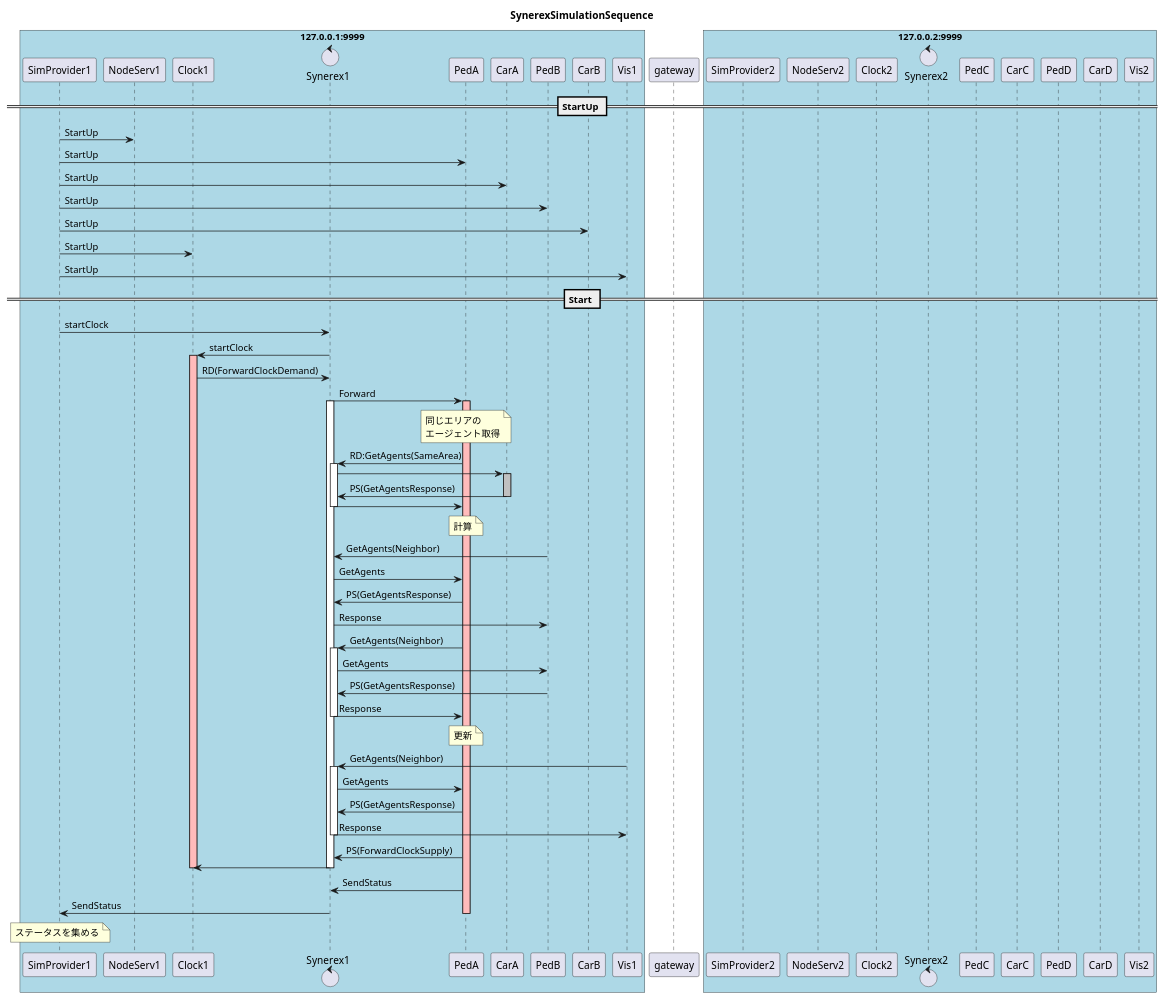
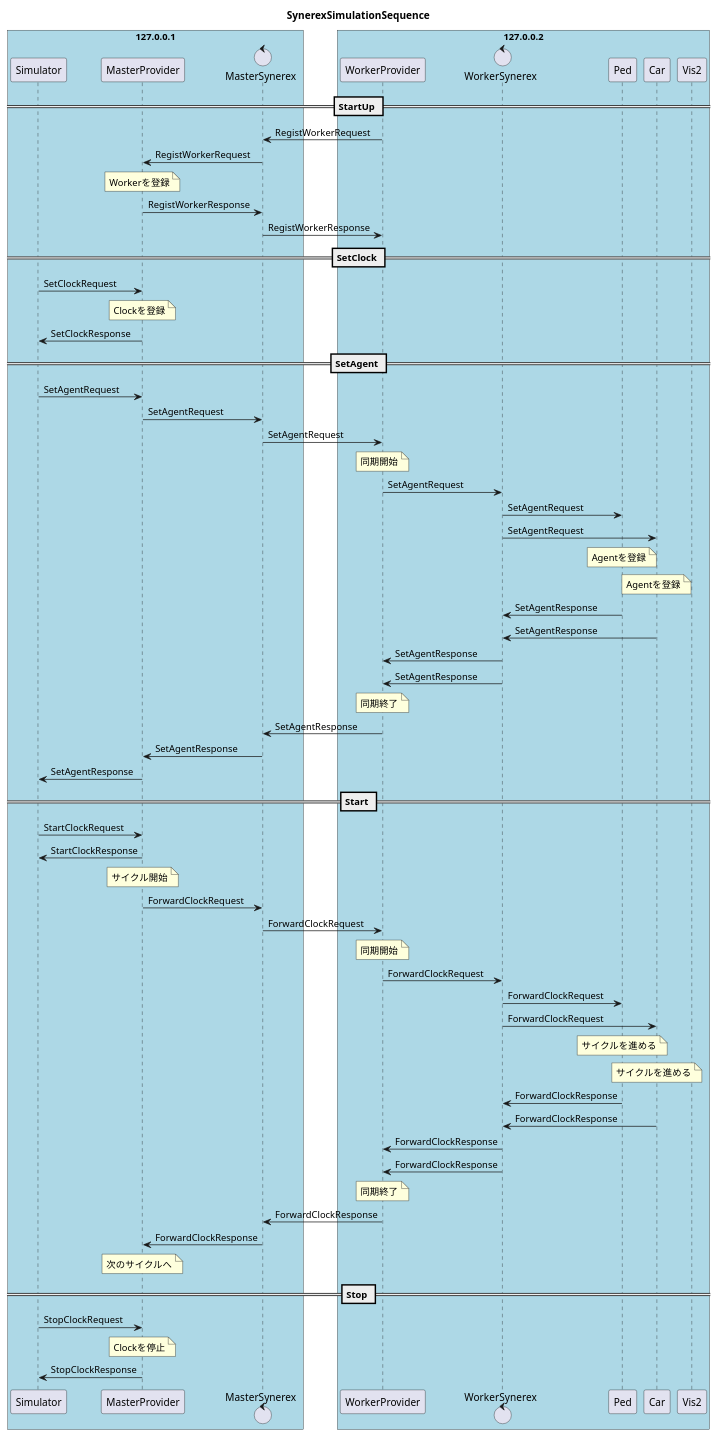
Before and after one commit to RuiHirano/synerex_simulation: the diagram in provider/SynerexSimulationSequence5.pu, drawn with PlantUML. The commit also changed other lines of this file and 11 other files, not shown here.

Commit message:
update master and worker

```diff
--- a/provider/SynerexSimulationSequence5.pu
+++ b/provider/SynerexSimulationSequence5.pu
@@ -3,122 +3,100 @@
 @startuml
 
 '12/23までに行うこと'
 'Todo: geojson通りに壁を設置する'
 'FIX: エージェントの動きがおかしい'
 'Todo: geojson内にエージェントをランダムに設置'
 'Todo: geojson内のランダムな地点へ移動'
 'FIX: Pedestrianを停止するとscenarioまで停止してしまう'
 'Todo: daemon,モニタ上で操作できるようにする'
 'Todo: 連携するエリアの大きさプロバイダ数の自動調整'
 
 '2/3-
 'Todo: StartUp OK
 'Todo: SetClock
 'Todo: SetAgents
 'Todo: Start
 
 'http://plantuml.com/ja/guide'
 
 
 title SynerexSimulationSequence
 
 
-box "127.0.0.1:9999" #LightBlue
-participant SimProvider1
-participant NodeServ1
-participant Clock1
-control Synerex1
-participant PedA
-participant CarA
-participant PedB
-participant CarB
-participant Vis1
+box "127.0.0.1" #LightBlue
+participant Simulator
+participant MasterProvider
+control MasterSynerex
 end box 
 
-participant gateway
-
-box "127.0.0.2:9999" #LightBlue
-participant SimProvider2
-participant NodeServ2
-participant Clock2
-control Synerex2
-participant PedC
-participant CarC
-participant PedD
-participant CarD
+box "127.0.0.2" #LightBlue
+participant WorkerProvider
+control WorkerSynerex
+participant Ped
+participant Car
 participant Vis2
 end box 
 
 == StartUp ==
-SimProvider1 -> NodeServ1: StartUp
-'SimProvider1 -> Synerex1Serv: StartUp
-SimProvider1 -> PedA: StartUp
-SimProvider1 -> CarA: StartUp
-SimProvider1 -> PedB: StartUp
-SimProvider1 -> CarB: StartUp
-SimProvider1 -> Clock1: StartUp
-SimProvider1 -> Vis1: StartUp
+WorkerProvider->MasterSynerex: RegistWorkerRequest
+MasterSynerex->MasterProvider: RegistWorkerRequest
+note over MasterProvider: Workerを登録
+MasterProvider->MasterSynerex: RegistWorkerResponse
+MasterSynerex->WorkerProvider: RegistWorkerResponse
 
+== SetClock ==
+Simulator->MasterProvider: SetClockRequest
+note over MasterProvider: Clockを登録
+MasterProvider->Simulator: SetClockResponse
+
+== SetAgent ==
+Simulator->MasterProvider: SetAgentRequest
+MasterProvider->MasterSynerex: SetAgentRequest
+MasterSynerex->WorkerProvider: SetAgentRequest
+
+note over WorkerProvider: 同期開始
+WorkerProvider->WorkerSynerex: SetAgentRequest
+WorkerSynerex->Ped: SetAgentRequest
+WorkerSynerex->Car: SetAgentRequest
+note over Ped: Agentを登録
+note over Car: Agentを登録
+Ped->WorkerSynerex: SetAgentResponse
+Car->WorkerSynerex: SetAgentResponse
+WorkerSynerex->WorkerProvider: SetAgentResponse
+WorkerSynerex->WorkerProvider: SetAgentResponse
+note over WorkerProvider: 同期終了
+
+WorkerProvider->MasterSynerex: SetAgentResponse
+MasterSynerex->MasterProvider: SetAgentResponse
+MasterProvider->Simulator: SetAgentResponse
 
 == Start ==
-SimProvider1 -> Synerex1: startClock
-Synerex1 -> Clock1: startClock
-activate Clock1 #FFBBBB
-Clock1 -> Synerex1: RD(ForwardClockDemand)
+Simulator->MasterProvider: StartClockRequest
+MasterProvider->Simulator: StartClockResponse
 
-'PedAのForward処理'
-Synerex1 -> PedA: Forward
-activate Synerex1
-activate PedA #FFBBBB
+note over MasterProvider: サイクル開始
+MasterProvider->MasterSynerex: ForwardClockRequest
+MasterSynerex->WorkerProvider: ForwardClockRequest
 
-'同じエリアのエージェントを取得'
-note over PedA: 同じエリアの\nエージェント取得
-PedA -> Synerex1: RD:GetAgents(SameArea)
-activate Synerex1
-Synerex1 -> CarA: 
-activate CarA #c0c0c0
-CarA -> Synerex1: PS(GetAgentsResponse)
-deactivate CarA
-Synerex1 -> PedA:
-deactivate Synerex1
+note over WorkerProvider: 同期開始
+WorkerProvider->WorkerSynerex: ForwardClockRequest
+WorkerSynerex->Ped: ForwardClockRequest
+WorkerSynerex->Car: ForwardClockRequest
+note over Ped: サイクルを進める
+note over Car: サイクルを進める
+Ped->WorkerSynerex: ForwardClockResponse
+Car->WorkerSynerex: ForwardClockResponse
+WorkerSynerex->WorkerProvider: ForwardClockResponse
+WorkerSynerex->WorkerProvider: ForwardClockResponse
+note over WorkerProvider: 同期終了
 
-note over PedA: 計算
-'隣のエージェントに情報を送信'
-PedB -> Synerex1: GetAgents(Neighbor)
-Synerex1 -> PedA: GetAgents
-PedA -> Synerex1: PS(GetAgentsResponse)
-Synerex1 -> PedB: Response
+WorkerProvider->MasterSynerex: ForwardClockResponse
+MasterSynerex->MasterProvider: ForwardClockResponse
+note over MasterProvider: 次のサイクルへ
 
-'隣のエージェントから情報を取得'
-PedA -> Synerex1: GetAgents(Neighbor)
-activate Synerex1
-Synerex1 -> PedB: GetAgents
-PedB -> Synerex1: PS(GetAgentsResponse)
-Synerex1 -> PedA: Response
-deactivate Synerex1
-
-'エージェントの更新' 
-note over PedA: 更新
-
-'可視化プロバイダへ送信'
-Vis1 -> Synerex1: GetAgents(Neighbor)
-activate Synerex1
-Synerex1 -> PedA: GetAgents
-PedA -> Synerex1: PS(GetAgentsResponse)
-Synerex1 -> Vis1: Response
-deactivate Synerex1
-
-PedA -> Synerex1: PS(ForwardClockSupply)
-Synerex1 -> Clock1:
-deactivate Synerex1
-
-deactivate Clock1
-
-PedA -> Synerex1: SendStatus
-Synerex1 -> SimProvider1: SendStatus 
-deactivate PedA
-
-note over SimProvider1: ステータスを集める
-
+== Stop ==
+Simulator->MasterProvider: StopClockRequest
+note over MasterProvider: Clockを停止
+MasterProvider->Simulator: StopClockResponse
 
 @enduml
```
